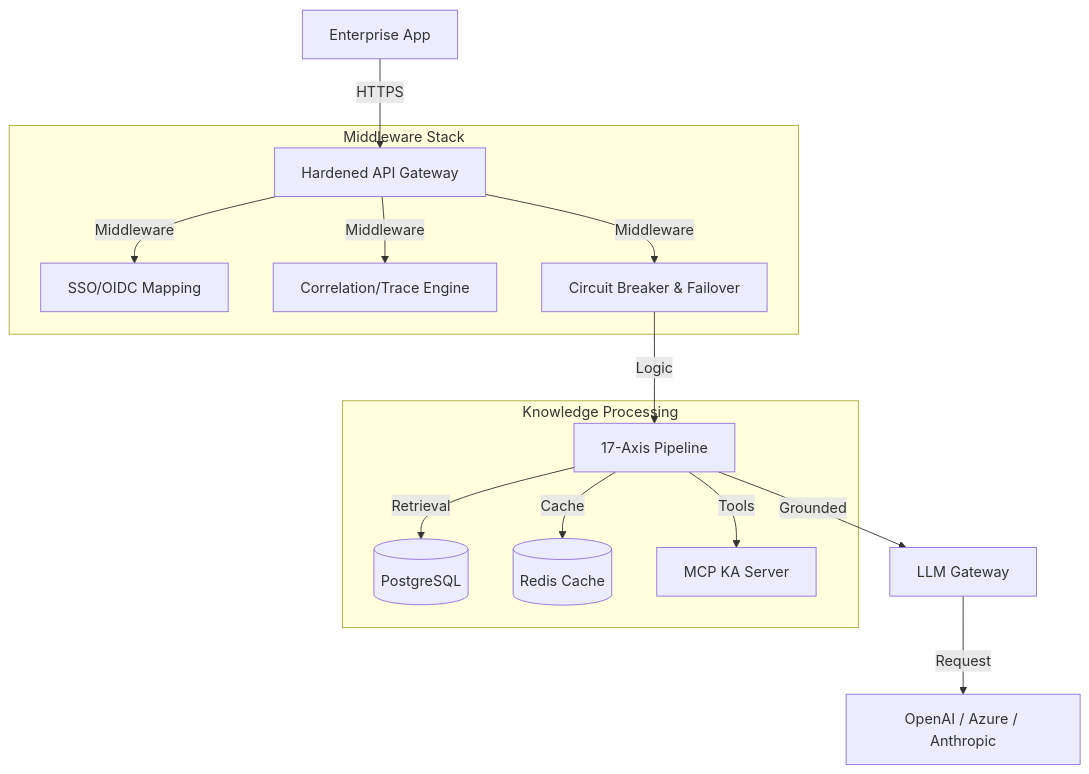
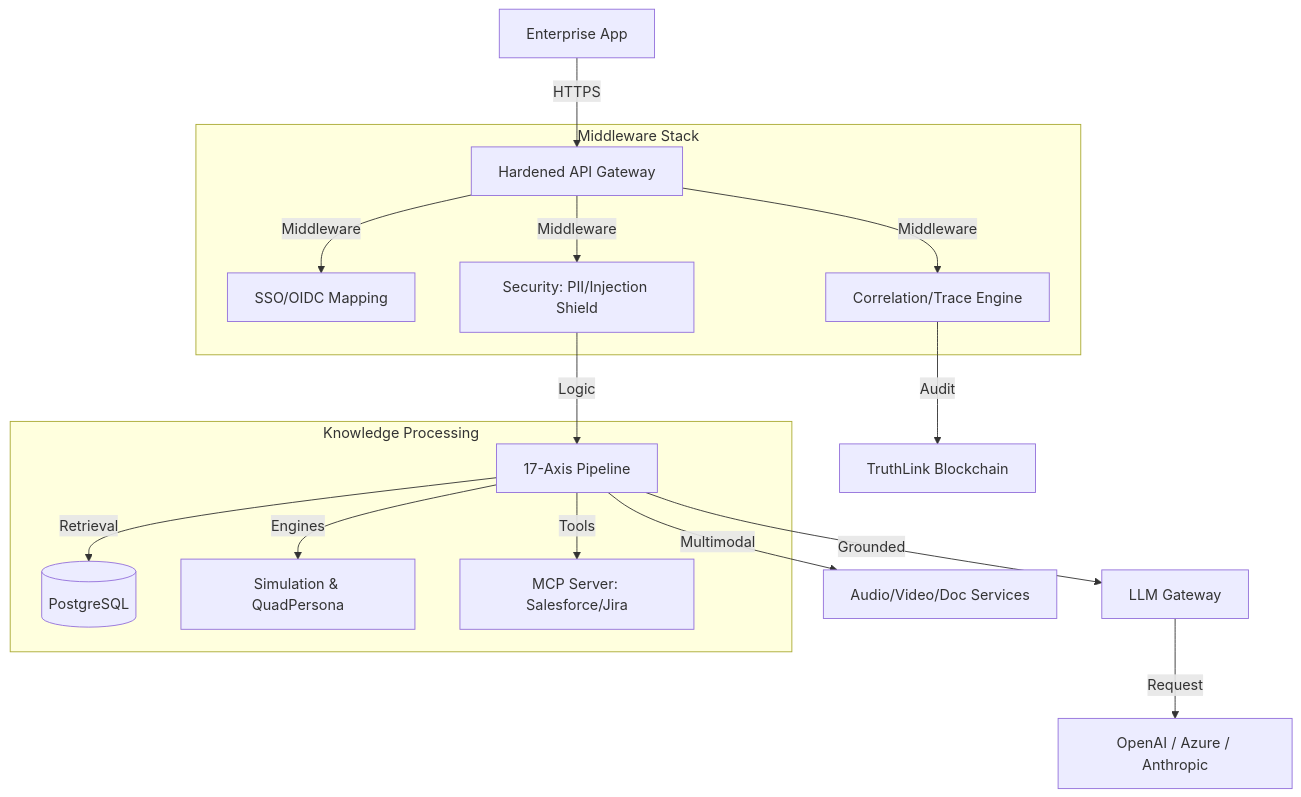
Before and after one commit to kherrera6219/DataLogicEngine: the diagram in docs/ARCHITECTURE.md, drawn with Mermaid. The commit also changed other lines of this file and 4 other files, not shown here.

Commit message:
docs: Add comprehensive architecture, developer guide, file structure, and project TODO documentation, and update the README.

````diff
--- a/docs/ARCHITECTURE.md
+++ b/docs/ARCHITECTURE.md
@@ -25,20 +25,22 @@
 ```mermaid
 graph TD
     Client[Enterprise App] -->|HTTPS| API[Hardened API Gateway]
 
     subgraph "Middleware Stack"
         API -->|Middleware| AUTH[SSO/OIDC Mapping]
         API -->|Middleware| TM[Correlation/Trace Engine]
-        API -->|Middleware| CB[Circuit Breaker & Failover]
+        API -->|Middleware| SEC[Security: PII/Injection Shield]
     end
 
     subgraph "Knowledge Processing"
-        CB -->|Logic| UKG[17-Axis Pipeline]
+        SEC -->|Logic| UKG[17-Axis Pipeline]
         UKG -->|Retrieval| DB[(PostgreSQL)]
-        UKG -->|Cache| RC[(Redis Cache)]
-        UKG -->|Tools| MCP[MCP KA Server]
+        UKG -->|Engines| ENG[Simulation & QuadPersona]
+        UKG -->|Tools| MCP[MCP Server: Salesforce/Jira]
     end
 
+    UKG -->|Multimodal| SVC[Audio/Video/Doc Services]
     UKG -->|Grounded| LLM[LLM Gateway]
     LLM -->|Request| PROVIDER[OpenAI / Azure / Anthropic]
+    TM -->|Audit| BC[TruthLink Blockchain]
 ```
````
